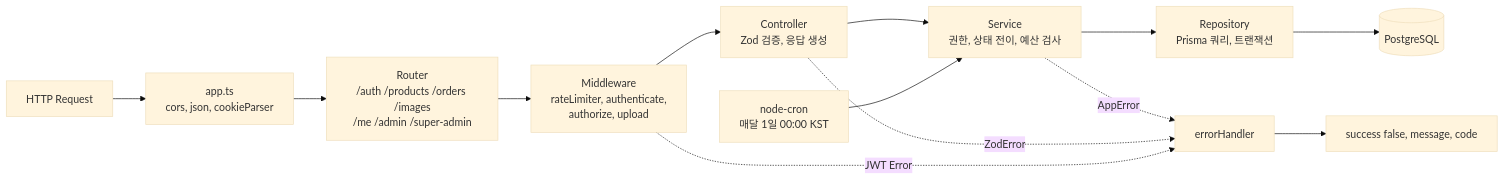
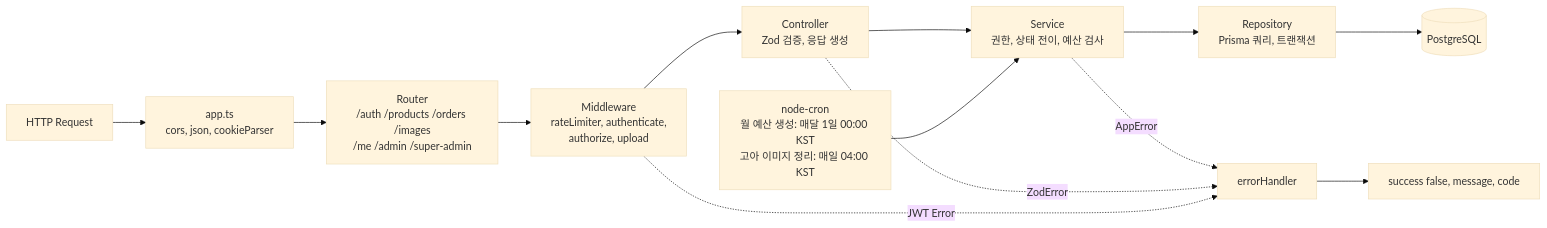
The second of 5 diagrams in README.md (seonghwi-ha/13-2-snack-be), drawn with Mermaid (base theme) before and after one commit. The commit also changed other lines of this file, not shown here.

````diff
--- a/README.md
+++ b/README.md
@@ -67,17 +308,17 @@
 ```mermaid
 flowchart LR
     Req["HTTP Request"] --> App["app.ts<br/>cors, json, cookieParser"]
     App --> Router["Router<br/>/auth /products /orders /images<br/>/me /admin /super-admin"]
     Router --> MW["Middleware<br/>rateLimiter, authenticate,<br/>authorize, upload"]
     MW --> Controller["Controller<br/>Zod 검증, 응답 생성"]
     Controller --> Service["Service<br/>권한, 상태 전이, 예산 검사"]
     Service --> Repo["Repository<br/>Prisma 쿼리, 트랜잭션"]
     Repo --> DB[("PostgreSQL")]
 
     Service -. "AppError" .-> EH["errorHandler"]
     Controller -. "ZodError" .-> EH
     MW -. "JWT Error" .-> EH
     EH --> Res["success false, message, code"]
 
-    Cron["node-cron<br/>매달 1일 00:00 KST"] --> Service
+    Cron["node-cron<br/>월 예산 생성: 매달 1일 00:00 KST<br/>고아 이미지 정리: 매일 04:00 KST"] --> Service
 ```
````
